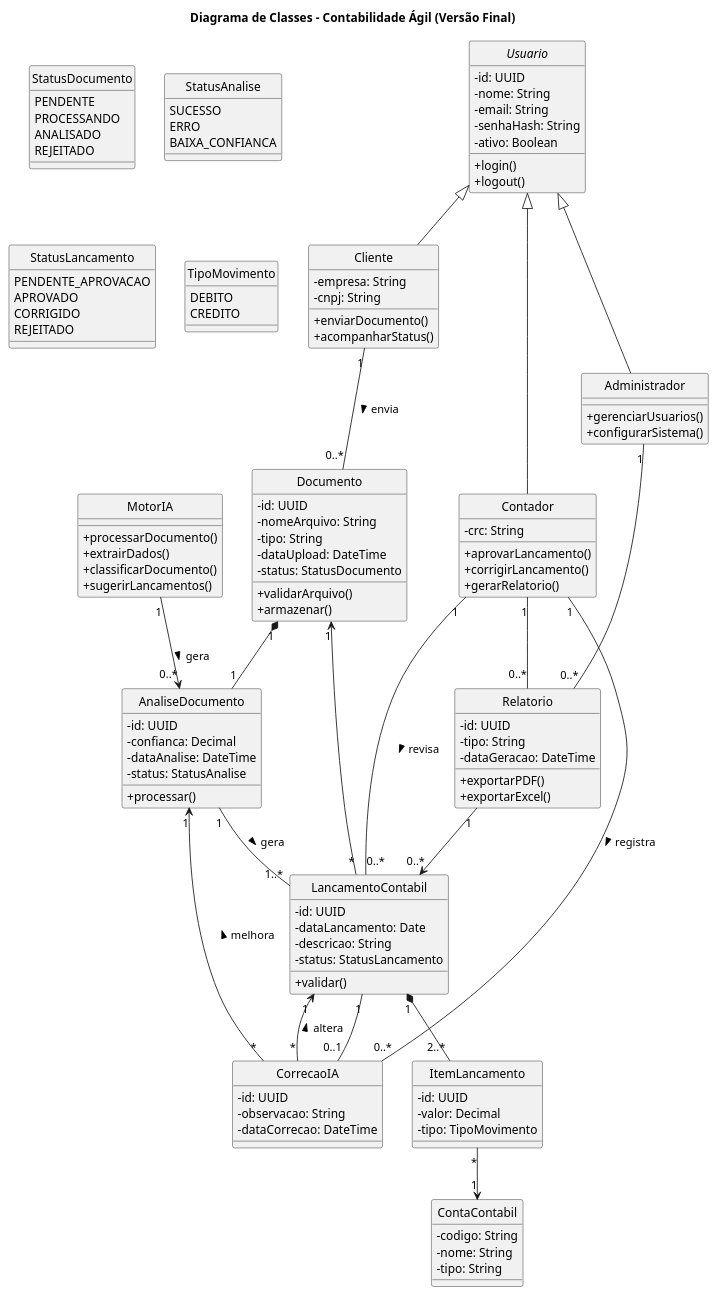
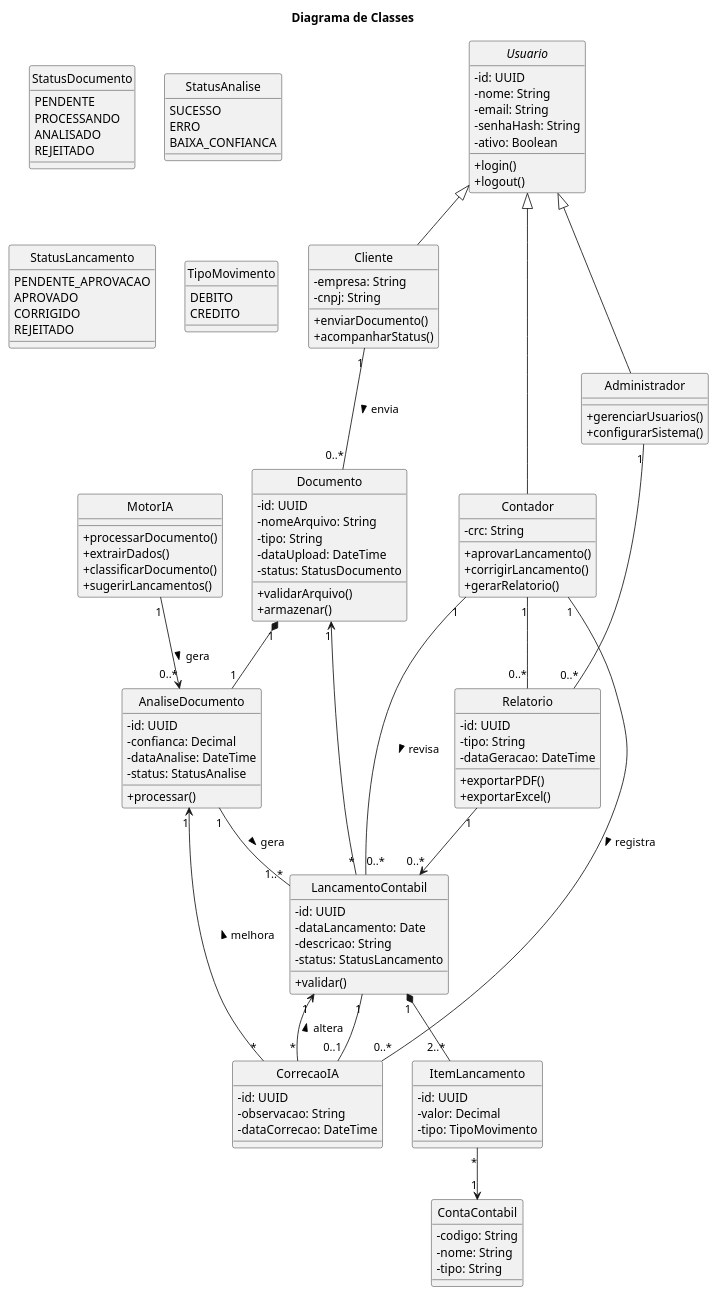
The diagram in docs/diagramas/diagrama-classe.puml (Engenharia-de-Software-Fatec/eng-softII-2026), drawn with PlantUML before and after one commit.

Commit message:
Atualizar o diagrama-classe.puml

```diff
--- a/docs/diagramas/diagrama-classe.puml
+++ b/docs/diagramas/diagrama-classe.puml
@@ -1,168 +1,168 @@
 @startuml
-title Diagrama de Classes - Contabilidade Ágil (Versão Final)
+title Diagrama de Classes
 
 skinparam classAttributeIconSize 0
 skinparam style strictuml
 
 ' ========================
 ' USUÁRIOS
 ' ========================
 abstract class Usuario {
   - id: UUID
   - nome: String
   - email: String
   - senhaHash: String
   - ativo: Boolean
   + login()
   + logout()
 }
 
 class Cliente {
   - empresa: String
   - cnpj: String
   + enviarDocumento()
   + acompanharStatus()
 }
 
 class Contador {
   - crc: String
   + aprovarLancamento()
   + corrigirLancamento()
   + gerarRelatorio()
 }
 
 class Administrador {
   + gerenciarUsuarios()
   + configurarSistema()
 }
 
 Usuario <|-- Cliente
 Usuario <|-- Contador
 Usuario <|-- Administrador
 
 ' ========================
 ' DOCUMENTOS
 ' ========================
 class Documento {
   - id: UUID
   - nomeArquivo: String
   - tipo: String
   - dataUpload: DateTime
   - status: StatusDocumento
   + validarArquivo()
   + armazenar()
 }
 
 enum StatusDocumento {
   PENDENTE
   PROCESSANDO
   ANALISADO
   REJEITADO
 }
 
 Cliente "1" -- "0..*" Documento : envia >
 
 ' ========================
 ' IA / PROCESSAMENTO
 ' ========================
 class MotorIA {
   + processarDocumento()
   + extrairDados()
   + classificarDocumento()
   + sugerirLancamentos()
 }
 
 class AnaliseDocumento {
   - id: UUID
   - confianca: Decimal
   - dataAnalise: DateTime
   - status: StatusAnalise
   + processar()
 }
 
 enum StatusAnalise {
   SUCESSO
   ERRO
   BAIXA_CONFIANCA
 }
 
 Documento "1" *-- "1" AnaliseDocumento
 MotorIA "1" --> "0..*" AnaliseDocumento : gera >
 
 ' ========================
 ' LANÇAMENTOS CONTÁBEIS
 ' ========================
 class LancamentoContabil {
   - id: UUID
   - dataLancamento: Date
   - descricao: String
   - status: StatusLancamento
   + validar()
 }
 
 enum StatusLancamento {
   PENDENTE_APROVACAO
   APROVADO
   CORRIGIDO
   REJEITADO
 }
 
 class ItemLancamento {
   - id: UUID
   - valor: Decimal
   - tipo: TipoMovimento
 }
 
 enum TipoMovimento {
   DEBITO
   CREDITO
 }
 
 class ContaContabil {
   - codigo: String
   - nome: String
   - tipo: String
 }
 
 ' Relações contábeis corretas
 AnaliseDocumento "1" -- "1..*" LancamentoContabil : gera >
 LancamentoContabil "1" *-- "2..*" ItemLancamento
 ItemLancamento "*" --> "1" ContaContabil
 
 ' Rastreabilidade (IMPORTANTE)
 LancamentoContabil "*" --> "1" Documento
 
 ' Revisão do contador
 Contador "1" -- "0..*" LancamentoContabil : revisa >
 
 ' ========================
 ' FEEDBACK / APRENDIZADO
 ' ========================
 class CorrecaoIA {
   - id: UUID
   - observacao: String
   - dataCorrecao: DateTime
 }
 
 LancamentoContabil "1" -- "0..1" CorrecaoIA
 CorrecaoIA "*" --> "1" LancamentoContabil : altera >
 CorrecaoIA "*" --> "1" AnaliseDocumento : melhora >
 
 Contador "1" -- "0..*" CorrecaoIA : registra >
 
 ' ========================
 ' RELATÓRIOS
 ' ========================
 class Relatorio {
   - id: UUID
   - tipo: String
   - dataGeracao: DateTime
   + exportarPDF()
   + exportarExcel()
 }
 
 Relatorio "1" --> "0..*" LancamentoContabil
 Contador "1" -- "0..*" Relatorio
 Administrador "1" -- "0..*" Relatorio
 
 @enduml
```
